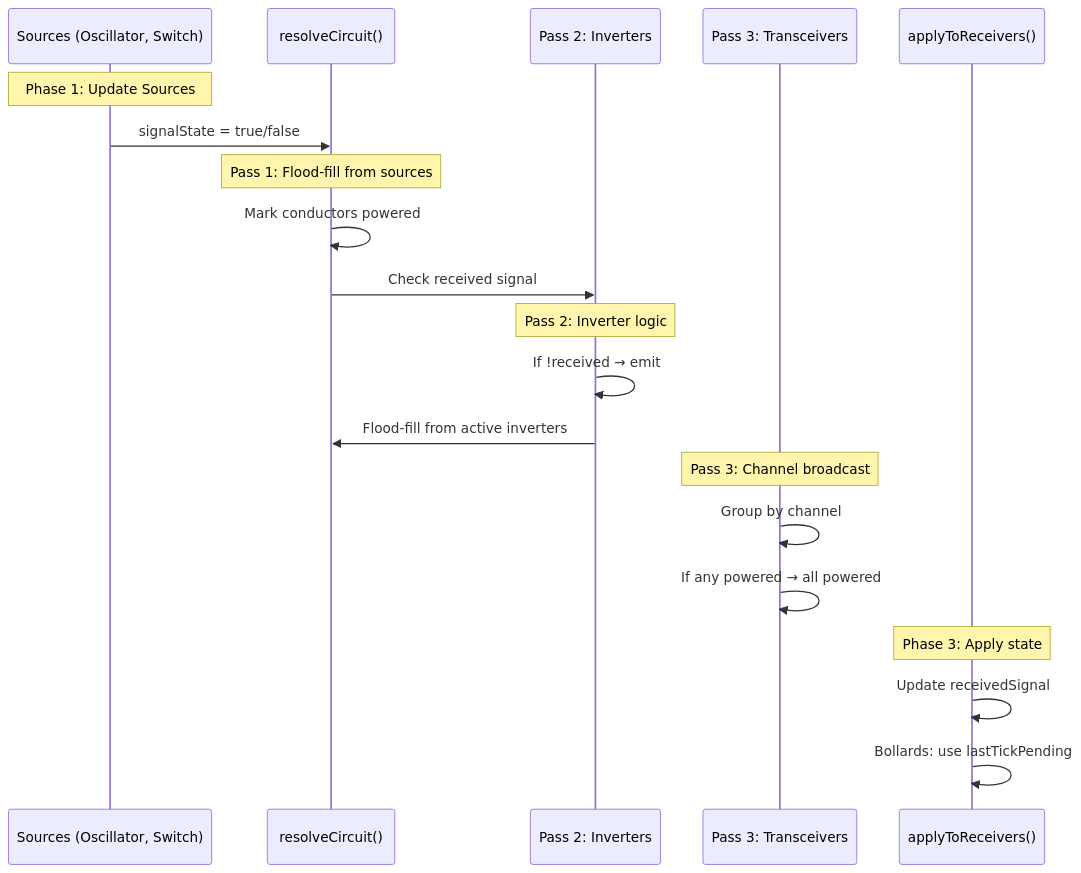
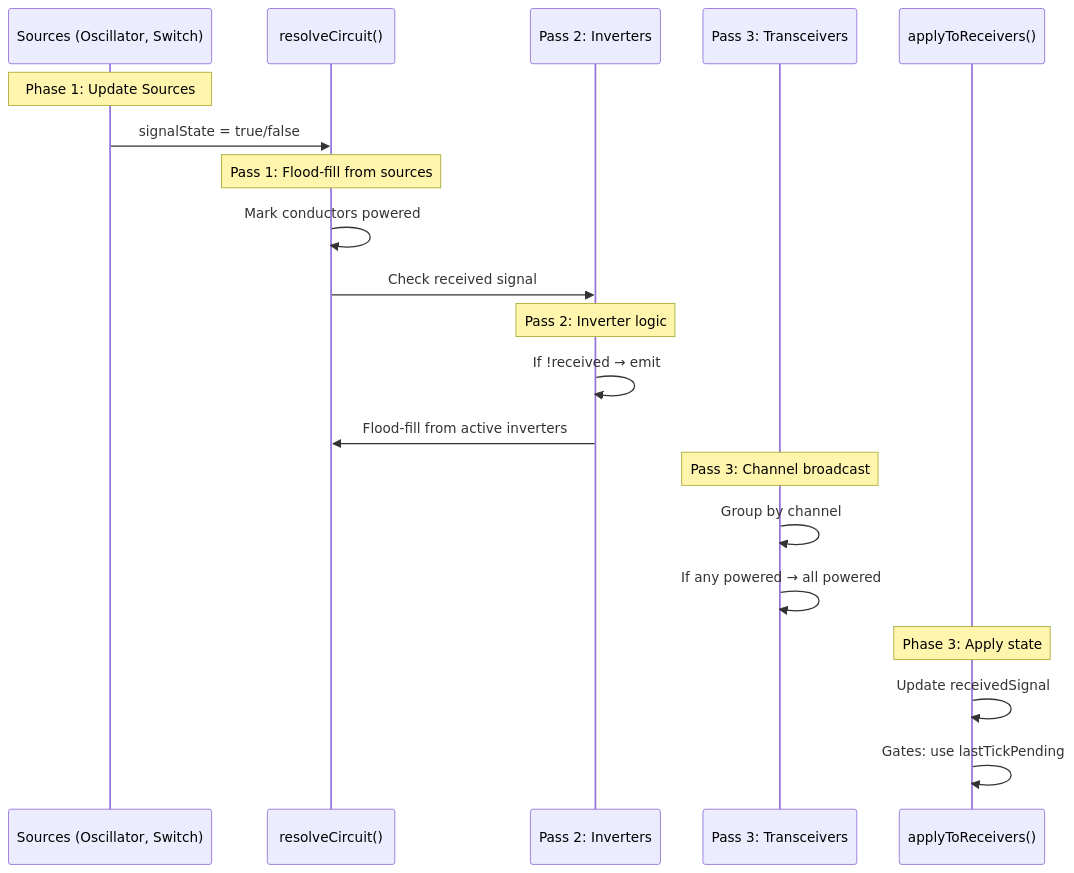
The diagram in specs/signal-flow-spec.md (neurofuzzy/linkedgrid), drawn with Mermaid before and after one commit. The commit also changed other lines of this file and 1 other file, not shown here.

````diff
--- a/specs/signal-flow-spec.md
+++ b/specs/signal-flow-spec.md
@@ -7,27 +7,27 @@
 ```mermaid
 sequenceDiagram
     participant Sources as Sources (Oscillator, Switch)
     participant Circuit as resolveCircuit()
     participant Inverters as Pass 2: Inverters
     participant TX as Pass 3: Transceivers
     participant Receivers as applyToReceivers()
 
     Note over Sources: Phase 1: Update Sources
     Sources->>Circuit: signalState = true/false
     
     Note over Circuit: Pass 1: Flood-fill from sources
     Circuit->>Circuit: Mark conductors powered
     Circuit->>Inverters: Check received signal
     
     Note over Inverters: Pass 2: Inverter logic
     Inverters->>Inverters: If !received → emit
     Inverters->>Circuit: Flood-fill from active inverters
     
     Note over TX: Pass 3: Channel broadcast
     TX->>TX: Group by channel
     TX->>TX: If any powered → all powered
     
     Note over Receivers: Phase 3: Apply state
     Receivers->>Receivers: Update receivedSignal
-    Receivers->>Receivers: Bollards: use lastTickPending
+    Receivers->>Receivers: Gates: use lastTickPending
 ```
````
